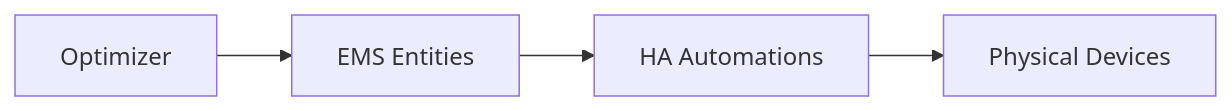
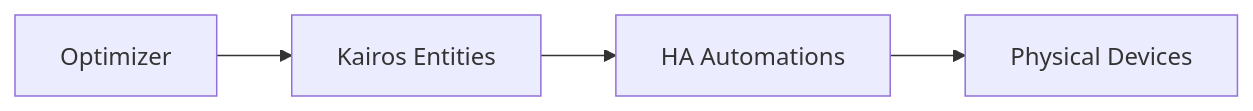
Before and after one commit to janeaujanssen/Kairos: the fourth of 4 diagrams in ha_integration_architecture.md, drawn with Mermaid. The commit also changed other lines of this file and 2 other files, not shown here.

````diff
--- a/ha_integration_architecture.md
+++ b/ha_integration_architecture.md
@@ -343,15 +345,15 @@
 ```mermaid
 flowchart LR
 
     OPT["Optimizer"]
 
-    ENT["EMS Entities"]
+    ENT["Kairos Entities"]
 
     AUTO["HA Automations"]
 
     DEV["Physical Devices"]
 
     OPT --> ENT
     ENT --> AUTO
     AUTO --> DEV
 ```
````
